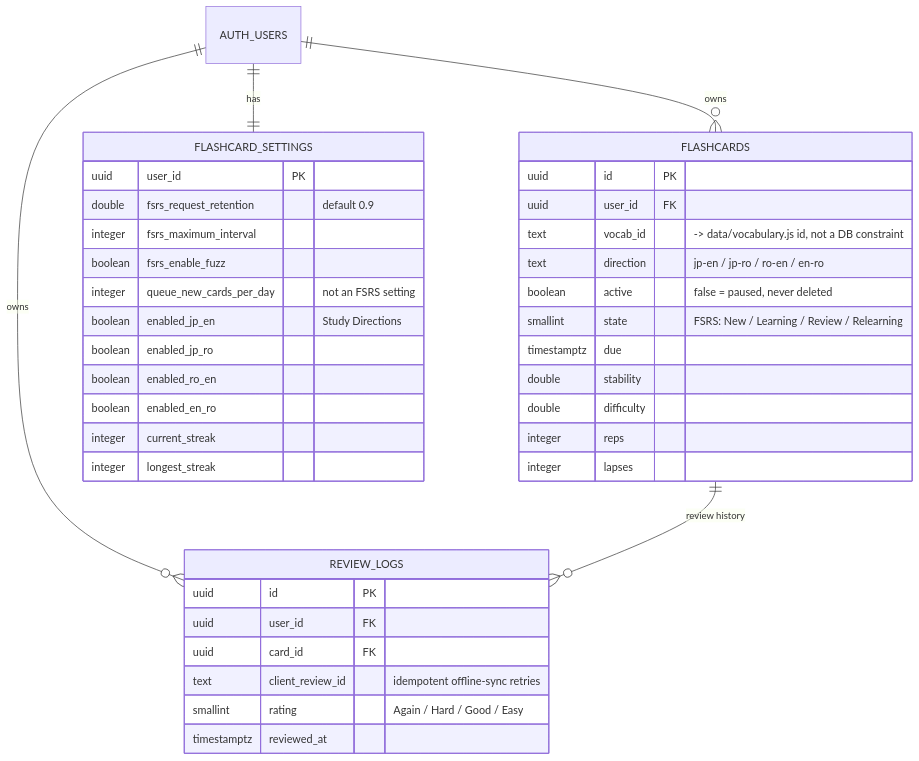
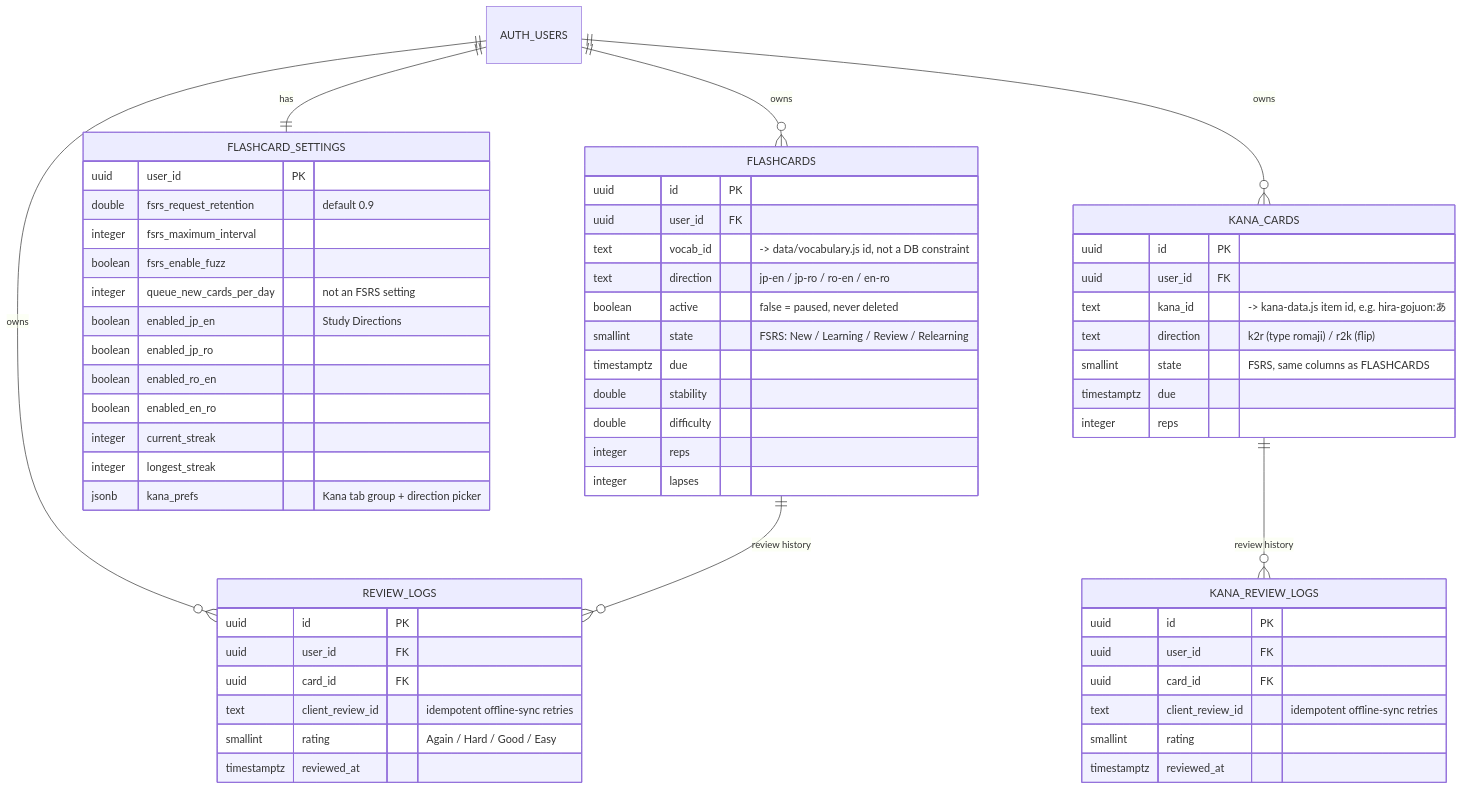
Before and after one commit to xxvazquez/japanese-study: the second of 2 diagrams in README.md, drawn with Mermaid. The commit also changed other lines of this file and 7 other files, not shown here.

First line of the commit message:
Sync the Kana trainer through the account, like the vocab cards

````diff
--- a/README.md
+++ b/README.md
@@ -135,42 +136,62 @@
 ```mermaid
 erDiagram
     AUTH_USERS ||--o{ FLASHCARDS : owns
     AUTH_USERS ||--o{ REVIEW_LOGS : owns
     AUTH_USERS ||--|| FLASHCARD_SETTINGS : has
+    AUTH_USERS ||--o{ KANA_CARDS : owns
     FLASHCARDS ||--o{ REVIEW_LOGS : "review history"
+    KANA_CARDS ||--o{ KANA_REVIEW_LOGS : "review history"
 
     FLASHCARDS {
         uuid id PK
         uuid user_id FK
         text vocab_id "-> data/vocabulary.js id, not a DB constraint"
         text direction "jp-en / jp-ro / ro-en / en-ro"
         boolean active "false = paused, never deleted"
         smallint state "FSRS: New / Learning / Review / Relearning"
         timestamptz due
         double stability
         double difficulty
         integer reps
         integer lapses
     }
     REVIEW_LOGS {
         uuid id PK
         uuid user_id FK
         uuid card_id FK
         text client_review_id "idempotent offline-sync retries"
         smallint rating "Again / Hard / Good / Easy"
         timestamptz reviewed_at
     }
     FLASHCARD_SETTINGS {
         uuid user_id PK
         double fsrs_request_retention "default 0.9"
         integer fsrs_maximum_interval
         boolean fsrs_enable_fuzz
         integer queue_new_cards_per_day "not an FSRS setting"
         boolean enabled_jp_en "Study Directions"
         boolean enabled_jp_ro
         boolean enabled_ro_en
         boolean enabled_en_ro
         integer current_streak
         integer longest_streak
+        jsonb kana_prefs "Kana tab group + direction picker"
+    }
+    KANA_CARDS {
+        uuid id PK
+        uuid user_id FK
+        text kana_id "-> kana-data.js item id, e.g. hira-gojuon:あ"
+        text direction "k2r (type romaji) / r2k (flip)"
+        smallint state "FSRS, same columns as FLASHCARDS"
+        timestamptz due
+        integer reps
+    }
+    KANA_REVIEW_LOGS {
+        uuid id PK
+        uuid user_id FK
+        uuid card_id FK
+        text client_review_id "idempotent offline-sync retries"
+        smallint rating
+        timestamptz reviewed_at
     }
 ```
````
